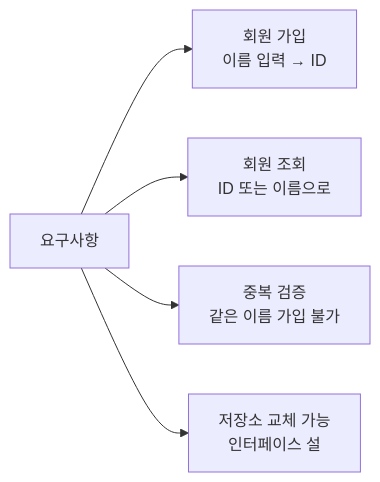
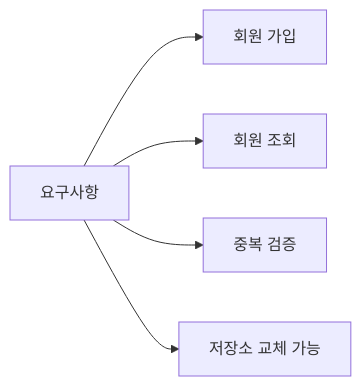
One commit to yjkim2015/yjkim2015.github.io changed the second of 5 diagrams in _posts/springboot/2021-05-30-springboot-회원 관리 예제.md. Above: the diagram before and after it, drawn with Mermaid. The commit also changed other lines of this file and 217 other files, not shown here.

First line of the commit message:
Mermaid 크기 수정: useMaxWidth:true + SVG max-width:100% + 라벨 축소

````diff
--- a/_posts/springboot/2021-05-30-springboot-회원 관리 예제.md
+++ b/_posts/springboot/2021-05-30-springboot-회원 관리 예제.md
@@ -42,8 +42,8 @@
 ```mermaid
 graph LR
     REQ["요구사항"]
-    REQ --> F1["회원 가입\n이름 입력 → ID"]
-    REQ --> F2["회원 조회\nID 또는 이름으로"]
-    REQ --> F3["중복 검증\n같은 이름 가입 불가"]
-    REQ --> F4["저장소 교체 가능\n인터페이스 설"]
+    REQ --> F1["회원 가입"]
+    REQ --> F2["회원 조회"]
+    REQ --> F3["중복 검증"]
+    REQ --> F4["저장소 교체 가능"]
 ```
````
